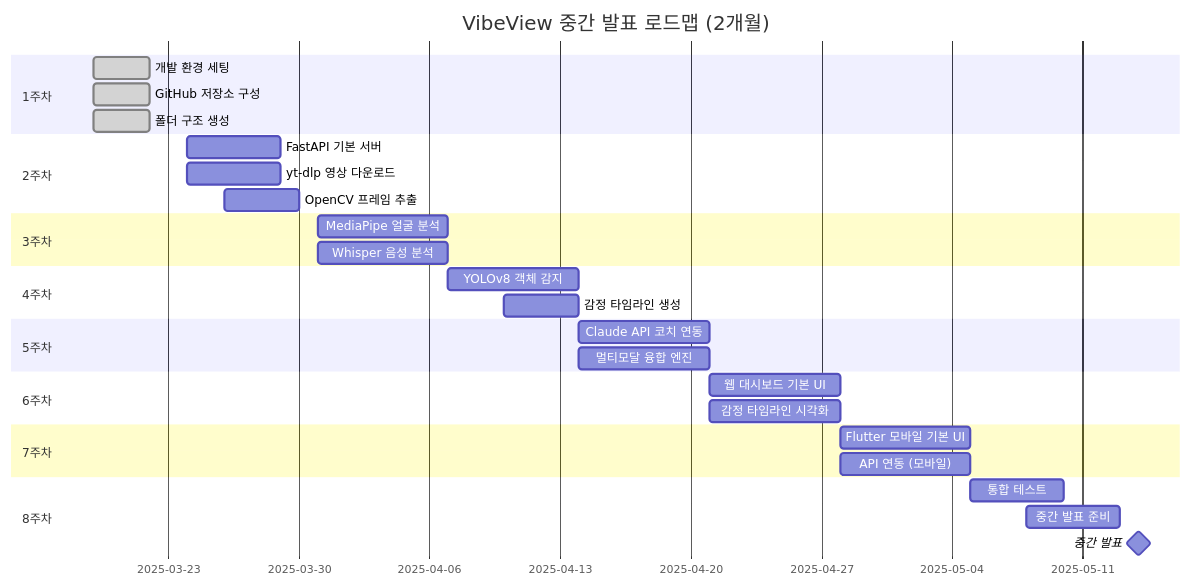
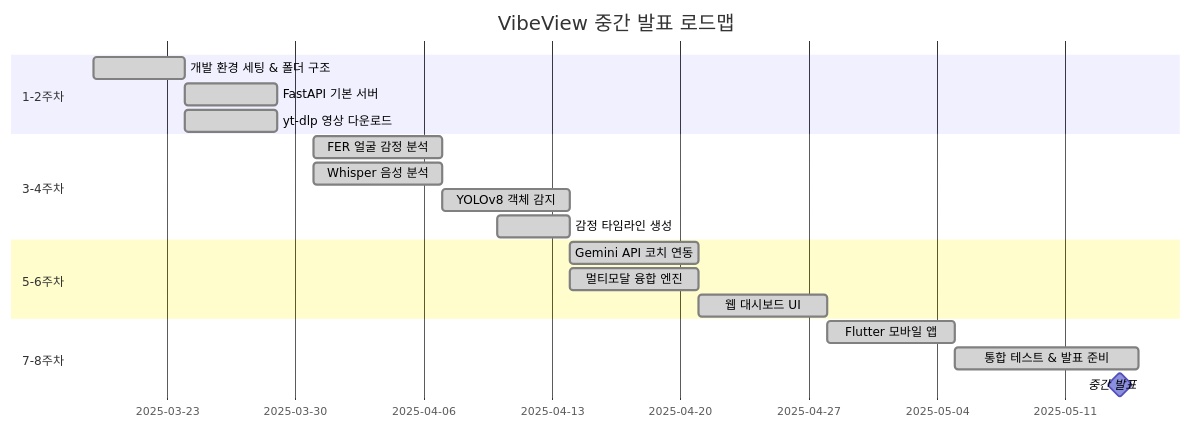
One commit to Userlsj-project/VibeView changed the fifth of 6 diagrams in README.md. Above: the diagram before and after it, drawn with Mermaid. The commit also changed other lines of this file and 19 other files, not shown here.

````diff
--- a/README.md
+++ b/README.md
@@ -239,32 +352,22 @@
 ```mermaid
 gantt
-    title VibeView 중간 발표 로드맵 (2개월)
+    title VibeView 중간 발표 로드맵
     dateFormat  YYYY-MM-DD
-    section 1주차
-    개발 환경 세팅           :done, 2025-03-19, 3d
-    GitHub 저장소 구성       :done, 2025-03-19, 3d
-    폴더 구조 생성           :done, 2025-03-19, 3d
-    section 2주차
-    FastAPI 기본 서버        :2025-03-24, 5d
-    yt-dlp 영상 다운로드     :2025-03-24, 5d
-    OpenCV 프레임 추출       :2025-03-26, 4d
-    section 3주차
-    MediaPipe 얼굴 분석      :2025-03-31, 7d
-    Whisper 음성 분석        :2025-03-31, 7d
-    section 4주차
-    YOLOv8 객체 감지         :2025-04-07, 7d
-    감정 타임라인 생성       :2025-04-10, 4d
-    section 5주차
-    Claude API 코치 연동     :2025-04-14, 7d
-    멀티모달 융합 엔진       :2025-04-14, 7d
-    section 6주차
-    웹 대시보드 기본 UI      :2025-04-21, 7d
-    감정 타임라인 시각화     :2025-04-21, 7d
-    section 7주차
-    Flutter 모바일 기본 UI   :2025-04-28, 7d
-    API 연동 (모바일)        :2025-04-28, 7d
-    section 8주차
-    통합 테스트              :2025-05-05, 5d
-    중간 발표 준비           :2025-05-08, 5d
-    중간 발표                :milestone, 2025-05-14, 0d
+    section 1-2주차
+    개발 환경 세팅 & 폴더 구조    :done, 2025-03-19, 5d
+    FastAPI 기본 서버             :done, 2025-03-24, 5d
+    yt-dlp 영상 다운로드          :done, 2025-03-24, 5d
+    section 3-4주차
+    FER 얼굴 감정 분석            :done, 2025-03-31, 7d
+    Whisper 음성 분석             :done, 2025-03-31, 7d
+    YOLOv8 객체 감지              :done, 2025-04-07, 7d
+    감정 타임라인 생성            :done, 2025-04-10, 4d
+    section 5-6주차
+    Gemini API 코치 연동          :done, 2025-04-14, 7d
+    멀티모달 융합 엔진            :done, 2025-04-14, 7d
+    웹 대시보드 UI                :done, 2025-04-21, 7d
+    section 7-8주차
+    Flutter 모바일 앱             :done, 2025-04-28, 7d
+    통합 테스트 & 발표 준비       :done, 2025-05-05, 10d
+    중간 발표                     :milestone, 2025-05-14, 0d
 ```
````
